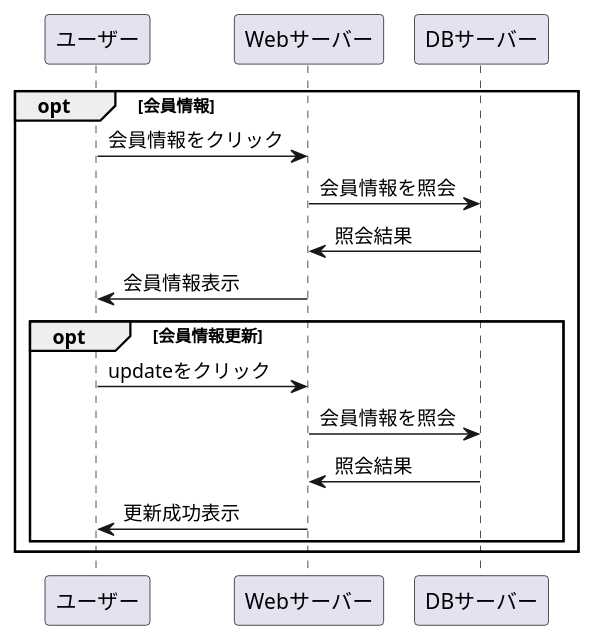
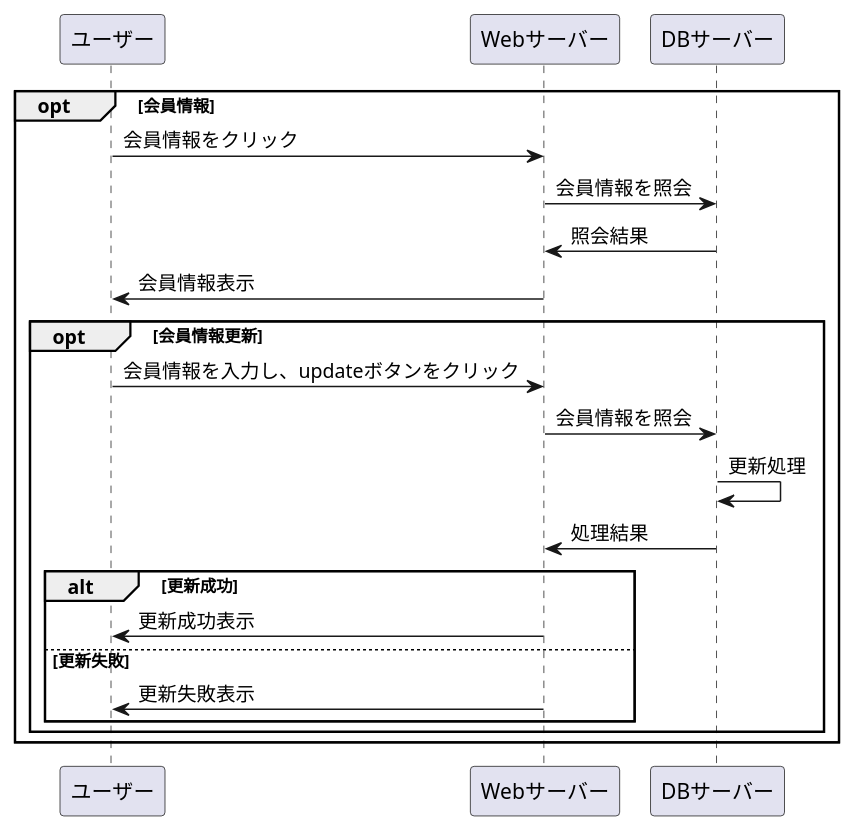
One commit to Aso2001154/2021sys-design changed the diagram in stationary/業務フロー/会員情報.md. Above: the diagram before and after it, drawn with PlantUML.

````diff
--- a/stationary/業務フロー/会員情報.md
+++ b/stationary/業務フロー/会員情報.md
@@ -1,18 +1,25 @@
 ```uml
 @startuml
 
 opt 会員情報
 ユーザー -> Webサーバー : 会員情報をクリック
 Webサーバー -> DBサーバー : 会員情報を照会
 DBサーバー -> Webサーバー : 照会結果
 Webサーバー -> ユーザー : 会員情報表示
+
 opt 会員情報更新
-ユーザー -> Webサーバー : updateをクリック
+ユーザー -> Webサーバー : 会員情報を入力し、updateボタンをクリック
 Webサーバー -> DBサーバー : 会員情報を照会
-DBサーバー -> Webサーバー : 照会結果
+DBサーバー -> DBサーバー : 更新処理
+DBサーバー -> Webサーバー : 処理結果
+
+alt 更新成功
 Webサーバー -> ユーザー : 更新成功表示
+else 更新失敗
+Webサーバー -> ユーザー : 更新失敗表示
+end
 end
 end
 
 @enduml
 ```
````
